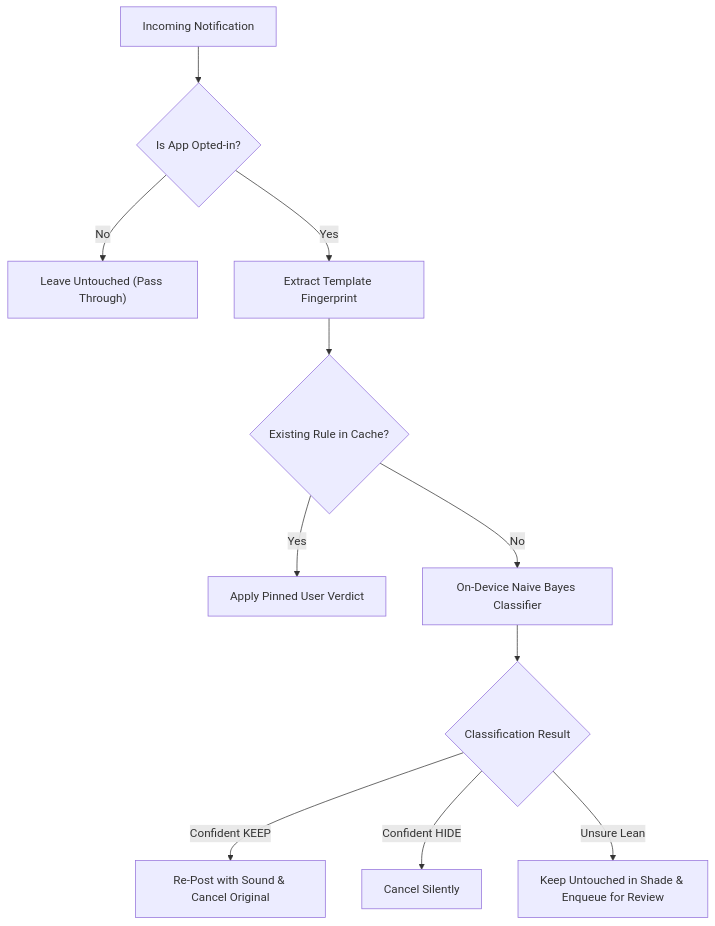
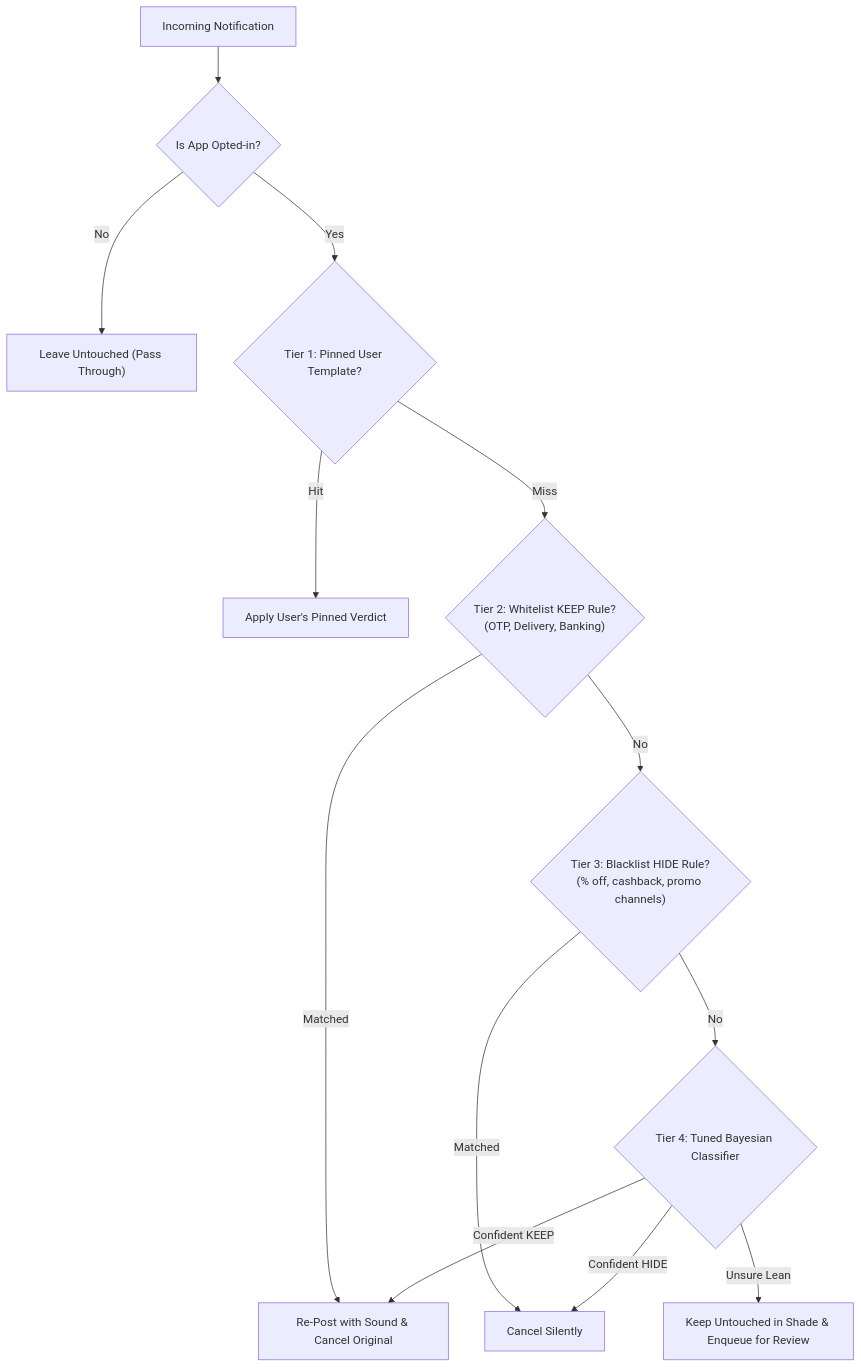
Before and after one commit to Yashwant00CR7/notiffilter: the diagram in README.md, drawn with Mermaid. The commit also changed other lines of this file and 1 other file, not shown here.

````diff
--- a/README.md
+++ b/README.md
@@ -86,13 +88,15 @@
 ```mermaid
 flowchart TD
     A["Incoming Notification"] --> B{"Is App Opted-in?"}
     B -- No --> C["Leave Untouched (Pass Through)"]
-    B -- Yes --> D["Extract Template Fingerprint"]
-    D --> E{"Existing Rule in Cache?"}
-    E -- Yes --> F["Apply Pinned User Verdict"]
-    E -- No --> G["On-Device Naive Bayes Classifier"]
-    G --> H{"Classification Result"}
-    H -- Confident KEEP --> I["Re-Post with Sound & Cancel Original"]
-    H -- Confident HIDE --> J["Cancel Silently"]
-    H -- Unsure Lean --> K["Keep Untouched in Shade & Enqueue for Review"]
+    B -- Yes --> D{"Tier 1: Pinned User Template?"}
+    D -- Hit --> E["Apply User's Pinned Verdict"]
+    D -- Miss --> F{"Tier 2: Whitelist KEEP Rule?<br>(OTP, Delivery, Banking)"}
+    F -- Matched --> G["Re-Post with Sound & Cancel Original"]
+    F -- No --> H{"Tier 3: Blacklist HIDE Rule?<br>(% off, cashback, promo channels)"}
+    H -- Matched --> I["Cancel Silently"]
+    H -- No --> J{"Tier 4: Tuned Bayesian Classifier"}
+    J -- Confident KEEP --> G
+    J -- Confident HIDE --> I
+    J -- Unsure Lean --> K["Keep Untouched in Shade & Enqueue for Review"]
 ```
````
